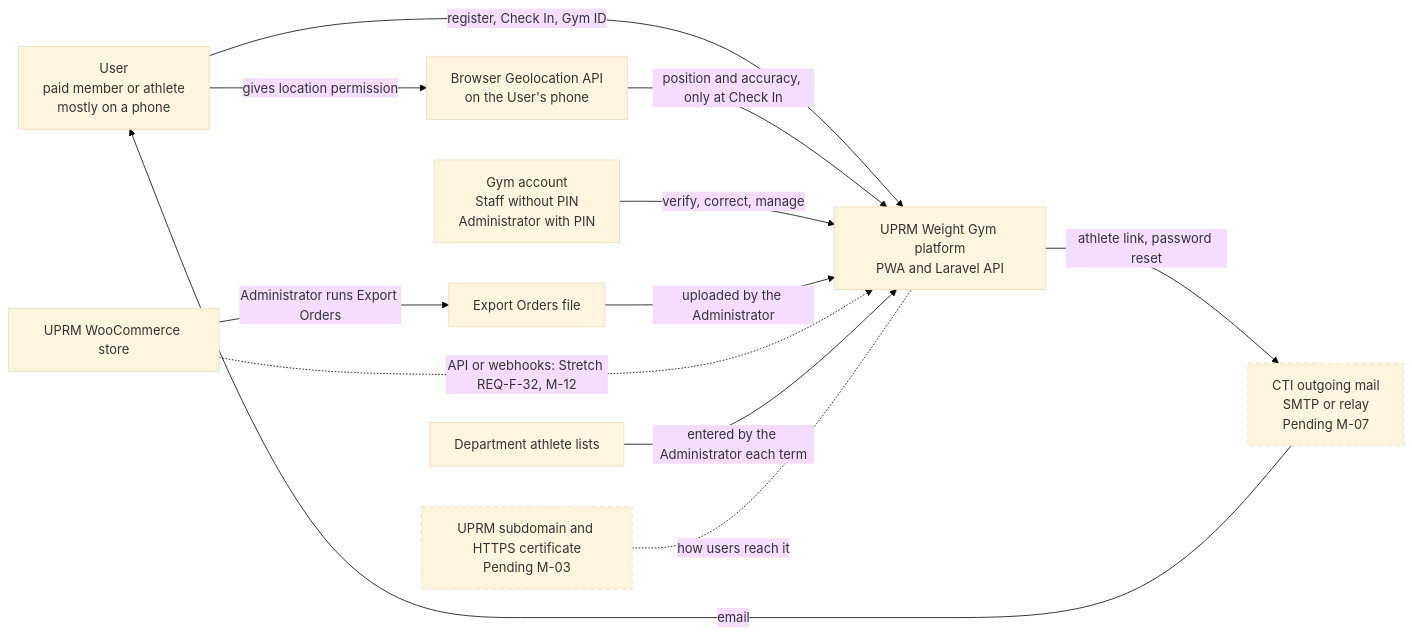
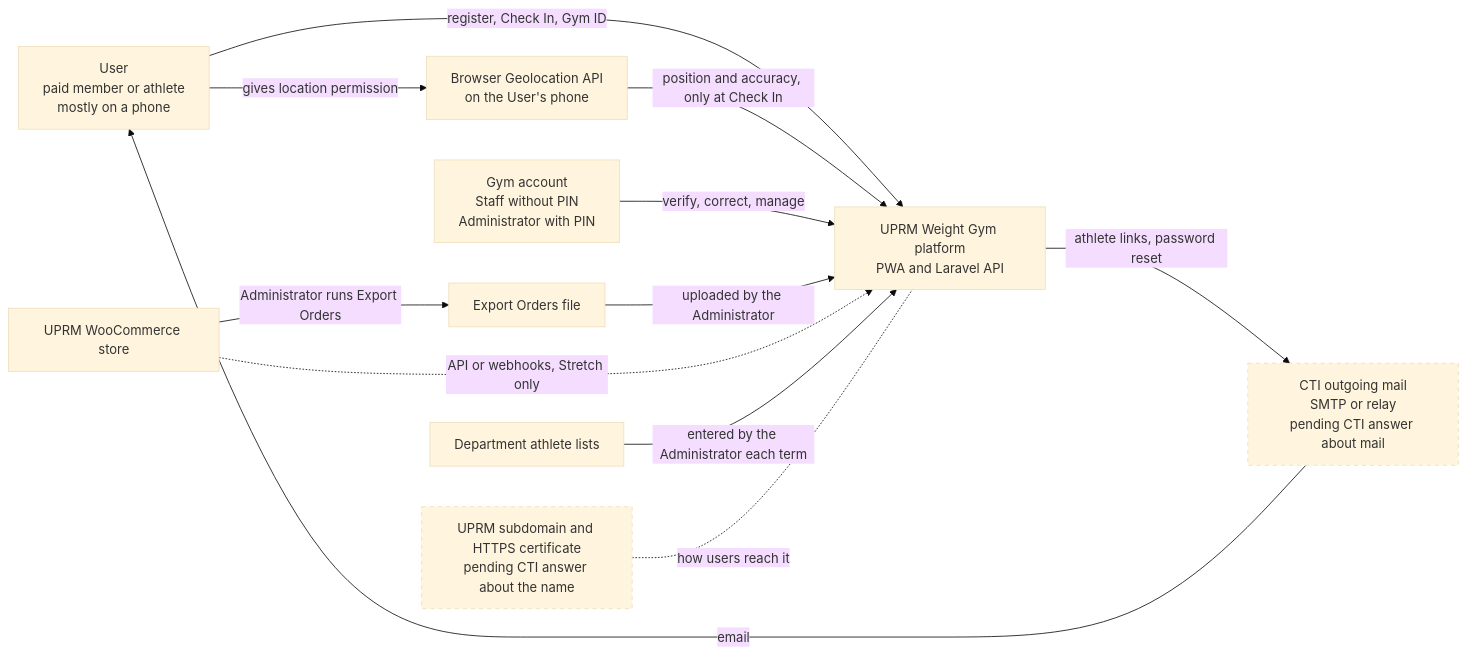
One commit to Th3-Minorities/natatorio-gym-app changed the first of 5 diagrams in docs/design/architecture.md. Above: the diagram before and after it, drawn with Mermaid (base theme). The commit also changed other lines of this file, not shown here.

Commit message:
Label each architecture diagram and move IDs out of the diagrams

````diff
--- a/docs/design/architecture.md
+++ b/docs/design/architecture.md
@@ -9,27 +13,27 @@
 ```mermaid
 flowchart LR
   U["User<br/>paid member or athlete<br/>mostly on a phone"]
   G["Gym account<br/>Staff without PIN<br/>Administrator with PIN"]
   SYS["UPRM Weight Gym platform<br/>PWA and Laravel API"]
   GEO["Browser Geolocation API<br/>on the User's phone"]
   WOO["UPRM WooCommerce store"]
   FILE["Export Orders file"]
   LISTS["Department athlete lists"]
-  MAIL["CTI outgoing mail<br/>SMTP or relay<br/>Pending M-07"]
-  NAME["UPRM subdomain and HTTPS certificate<br/>Pending M-03"]
+  MAIL["CTI outgoing mail<br/>SMTP or relay<br/>pending CTI answer about mail"]
+  NAME["UPRM subdomain and HTTPS certificate<br/>pending CTI answer about the name"]
 
   U -->|"register, Check In, Gym ID"| SYS
   U -->|"gives location permission"| GEO
   GEO -->|"position and accuracy, only at Check In"| SYS
   G -->|"verify, correct, manage"| SYS
   WOO -->|"Administrator runs Export Orders"| FILE
   FILE -->|"uploaded by the Administrator"| SYS
-  WOO -.->|"API or webhooks: Stretch REQ-F-32, M-12"| SYS
+  WOO -.->|"API or webhooks, Stretch only"| SYS
   LISTS -->|"entered by the Administrator each term"| SYS
-  SYS -->|"athlete link, password reset"| MAIL
+  SYS -->|"athlete links, password reset"| MAIL
   MAIL -->|"email"| U
   NAME -.-|"how users reach it"| SYS
 
   classDef pending stroke-dasharray: 5 5
   class MAIL,NAME pending
 ```
````
